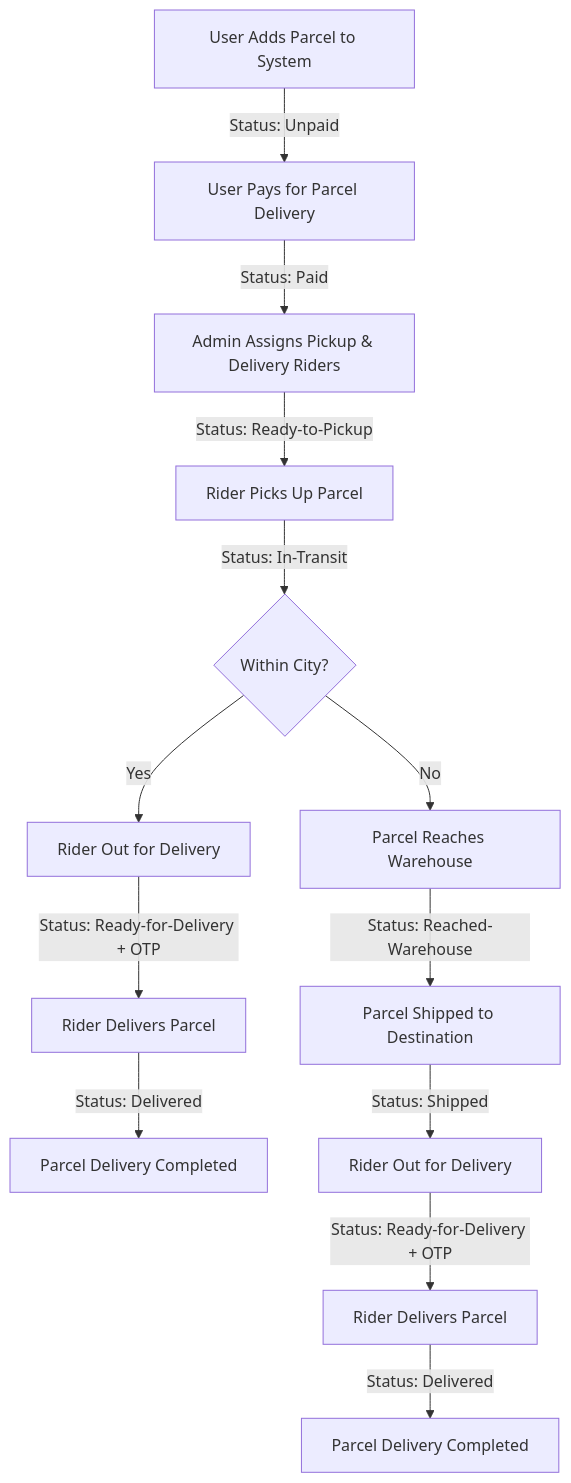
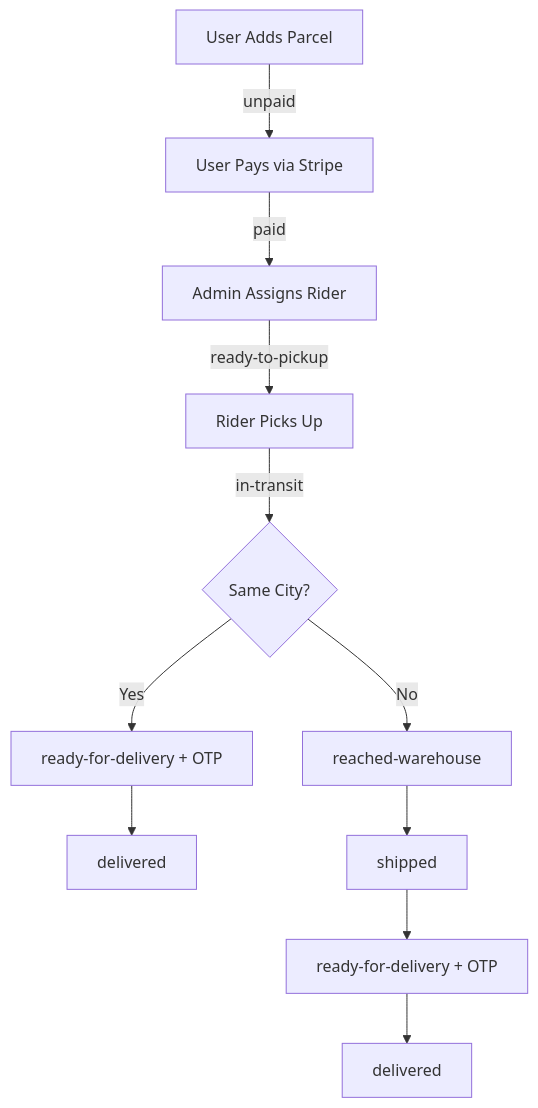
Before and after one commit to kaziashik/zap-shift: the second of 2 diagrams in README.md, drawn with Mermaid. The commit also changed other lines of this file, not shown here.

````diff
--- a/README.md
+++ b/README.md
@@ -39,15 +254,13 @@
 ```mermaid
 flowchart TD
-    A[User Adds Parcel to System] -->|Status: Unpaid| B[User Pays for Parcel Delivery]
-    B -->|Status: Paid| C[Admin Assigns Pickup & Delivery Riders]
-    C -->|Status: Ready-to-Pickup| D[Rider Picks Up Parcel]
-    D -->|Status: In-Transit| E{Within City?}
-    E -- Yes --> F1[Rider Out for Delivery]
-    F1 -->|Status: Ready-for-Delivery + OTP| G1[Rider Delivers Parcel]
-    G1 -->|Status: Delivered| H1[Parcel Delivery Completed]
-    E -- No --> F2[Parcel Reaches Warehouse]
-    F2 -->|Status: Reached-Warehouse| G2[Parcel Shipped to Destination]
-    G2 -->|Status: Shipped| H2[Rider Out for Delivery]
-    H2 -->|Status: Ready-for-Delivery + OTP| I2[Rider Delivers Parcel]
-    I2 -->|Status: Delivered| J2[Parcel Delivery Completed]
+    A[User Adds Parcel] -->|unpaid| B[User Pays via Stripe]
+    B -->|paid| C[Admin Assigns Rider]
+    C -->|ready-to-pickup| D[Rider Picks Up]
+    D -->|in-transit| E{Same City?}
+    E -- Yes --> F[ready-for-delivery + OTP]
+    F --> G[delivered]
+    E -- No --> H[reached-warehouse]
+    H --> I[shipped]
+    I --> J[ready-for-delivery + OTP]
+    J --> K[delivered]
 ```
````
